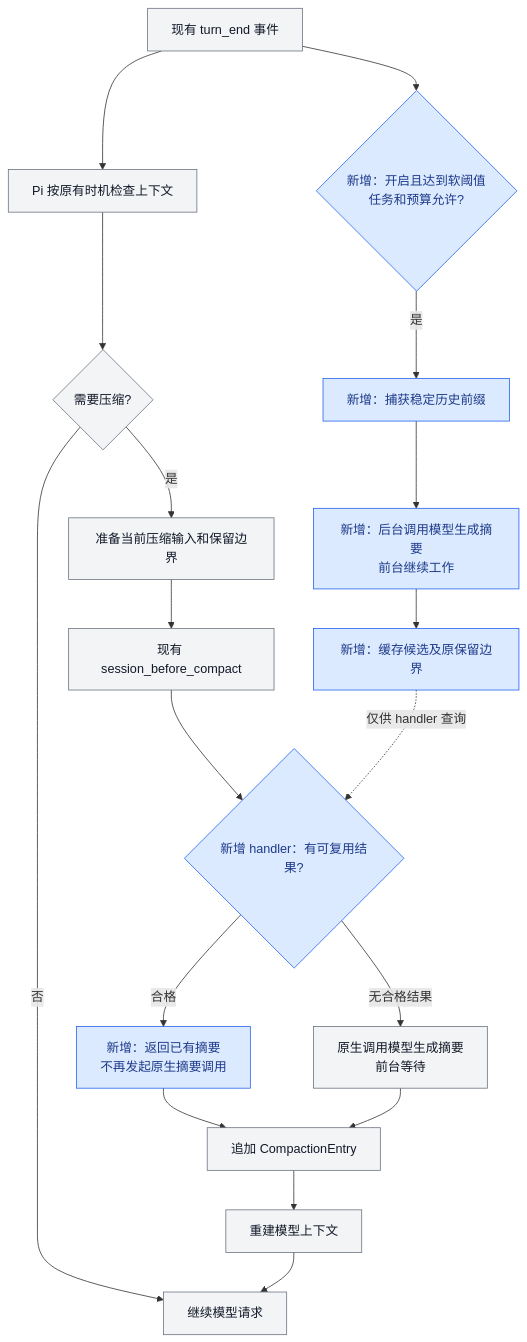
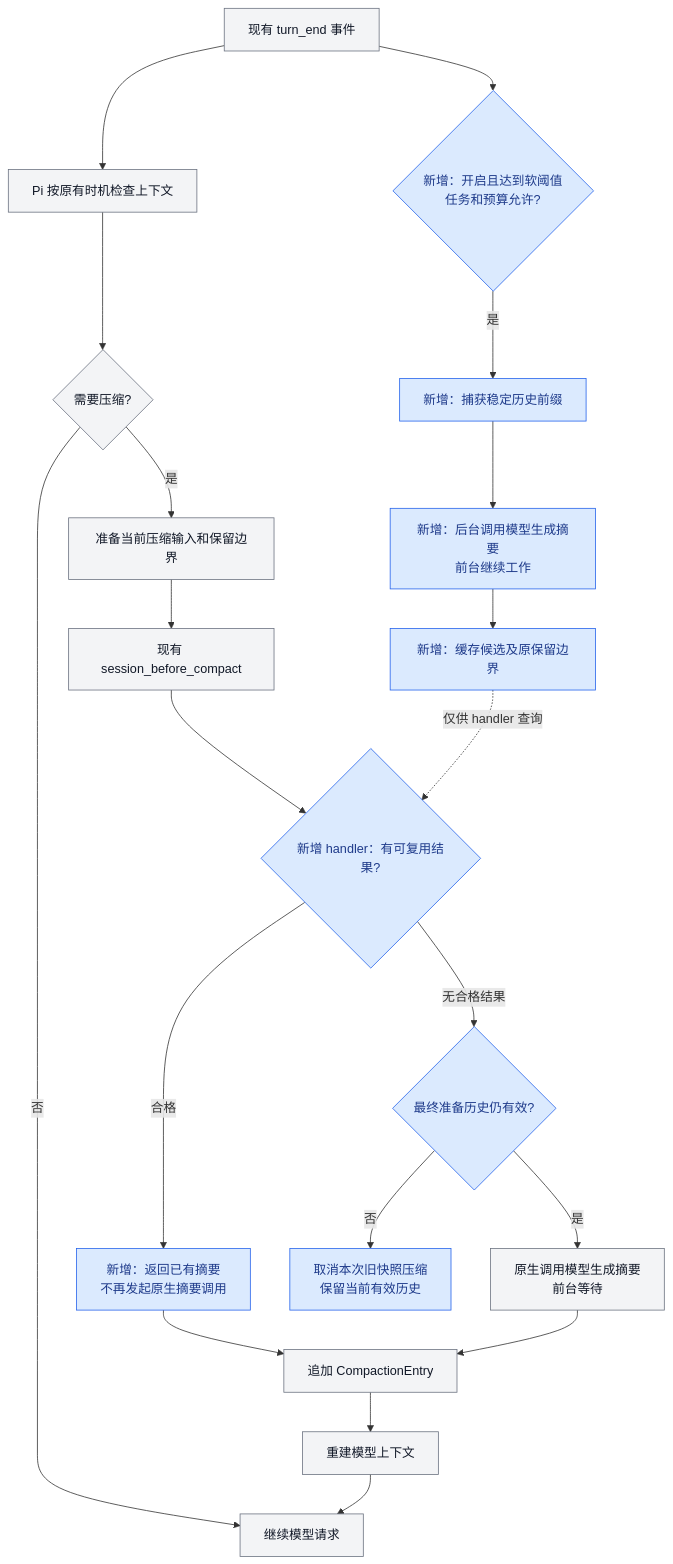
One commit to ZHOUKAILIAN/my-pi-extension changed the second of 2 diagrams in docs/02-产品实现/async-compaction-技术设计.md. Above: the diagram before and after it, drawn with Mermaid. The commit also changed other lines of this file and 27 other files, not shown here.

````diff
--- a/docs/02-产品实现/async-compaction-技术设计.md
+++ b/docs/02-产品实现/async-compaction-技术设计.md
@@ -68,26 +68,28 @@
 ```mermaid
 flowchart TD
     turn[现有 turn_end 事件] --> check[Pi 按原有时机检查上下文]
     turn --> soft{新增：开启且达到软阈值<br/>任务和预算允许?}
     soft -- 是 --> snapshot[新增：捕获稳定历史前缀]
     snapshot --> background[新增：后台调用模型生成摘要<br/>前台继续工作]
     background --> cache[新增：缓存候选及原保留边界]
 
     check --> pressure{需要压缩?}
     pressure -- 否 --> next[继续模型请求]
     pressure -- 是 --> prepare[准备当前压缩输入和保留边界]
     prepare --> hook[现有 session_before_compact]
     hook --> validate{新增 handler：有可复用结果?}
     cache -. 仅供 handler 查询 .-> validate
     validate -- 合格 --> reuse[新增：返回已有摘要<br/>不再发起原生摘要调用]
-    validate -- 无合格结果 --> generate[原生调用模型生成摘要<br/>前台等待]
+    validate -- 无合格结果 --> safe{最终准备历史仍有效?}
+    safe -- 是 --> generate[原生调用模型生成摘要<br/>前台等待]
+    safe -- 否 --> cancel[取消本次旧快照压缩<br/>保留当前有效历史]
     reuse --> append[追加 CompactionEntry]
     generate --> append
     append --> rebuild[重建模型上下文]
     rebuild --> next
 
     classDef existing fill:#f3f4f6,stroke:#6b7280,color:#111827
     classDef added fill:#dbeafe,stroke:#2563eb,color:#1e3a8a
     class turn,check,pressure,next,prepare,hook,generate,append,rebuild existing
-    class soft,snapshot,background,cache,validate,reuse added
+    class soft,snapshot,background,cache,validate,reuse,safe,cancel added
 ```
````
